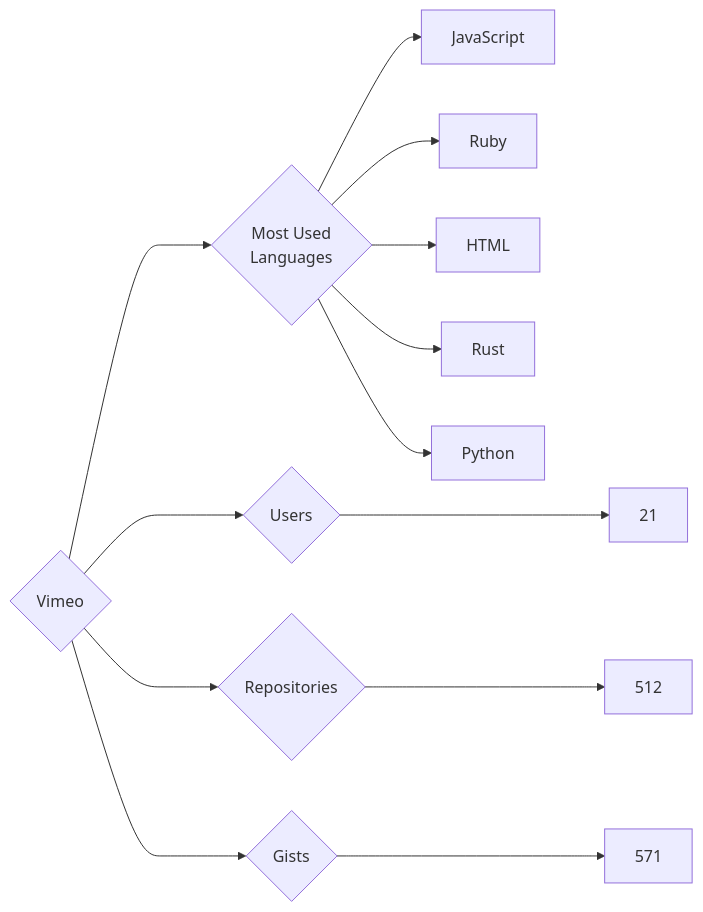
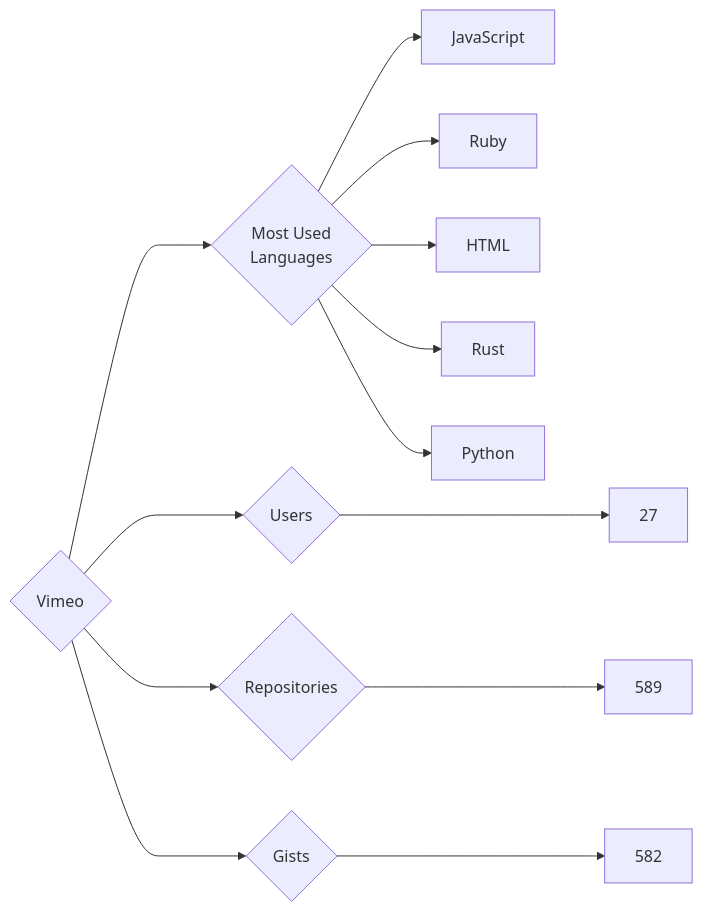
One commit to trickest/insiders changed the diagram in targets/Vimeo/README.md. Above: the diagram before and after it, drawn with Mermaid. The commit also changed 948 other files, not shown here.

````diff
--- a/targets/Vimeo/README.md
+++ b/targets/Vimeo/README.md
@@ -3,13 +3,13 @@
 ```mermaid
 graph LR
 COMPANY_NAME{Vimeo}
-COMPANY_NAME ---> U{Users} ---> UN[21]
-COMPANY_NAME ---> R{Repositories} ---> RN[512]
-COMPANY_NAME ---> G{Gists} ---> GN[571]
+COMPANY_NAME ---> U{Users} ---> UN[27]
+COMPANY_NAME ---> R{Repositories} ---> RN[589]
+COMPANY_NAME ---> G{Gists} ---> GN[582]
 COMPANY_NAME ---> ML{Most Used<br>Languages}
 ML --> JavaScript[JavaScript]
 ML --> Ruby[Ruby]
 ML --> HTML[HTML]
 ML --> Rust[Rust]
 ML --> Python[Python]
 ```
````
